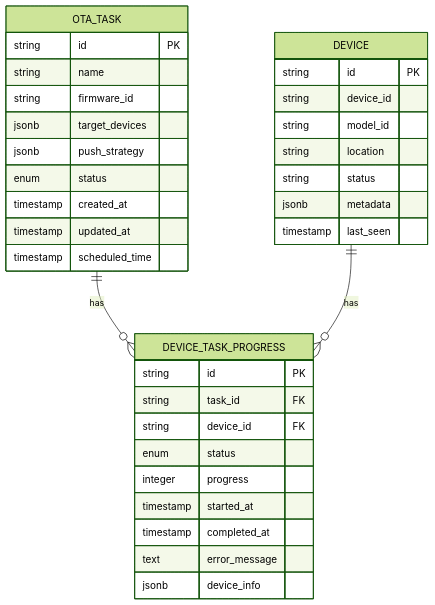
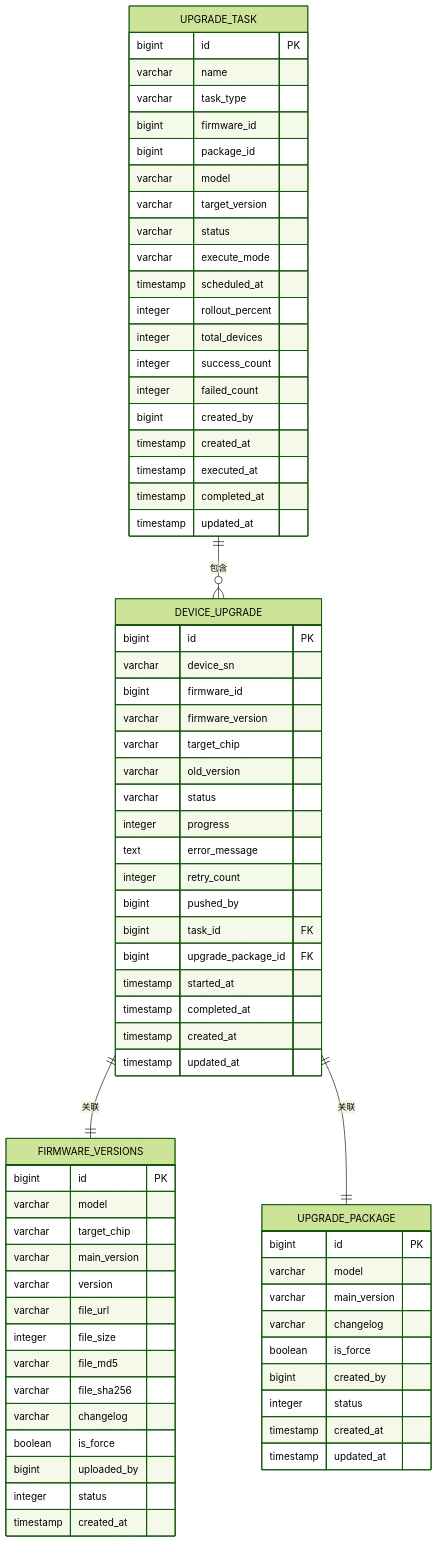
The third of 18 diagrams in .qoder/repowiki/zh/content/OTA升级系统/OTA任务调度/OTA任务调度.md (mcmrzy/cs_inv_monitor-develop), drawn with Mermaid (forest theme) before and after one commit. The commit also changed other lines of this file and 128 other files, not shown here.

````diff
--- a/.qoder/repowiki/zh/content/OTA升级系统/OTA任务调度/OTA任务调度.md
+++ b/.qoder/repowiki/zh/content/OTA升级系统/OTA任务调度/OTA任务调度.md
@@ -143,36 +178,73 @@
 ```mermaid
 erDiagram
-OTA_TASK {
-string id PK
-string name
-string firmware_id
-jsonb target_devices
-jsonb push_strategy
-enum status
+UPGRADE_TASK {
+bigint id PK
+varchar name
+varchar task_type
+bigint firmware_id
+bigint package_id
+varchar model
+varchar target_version
+varchar status
+varchar execute_mode
+timestamp scheduled_at
+integer rollout_percent
+integer total_devices
+integer success_count
+integer failed_count
+bigint created_by
+timestamp created_at
+timestamp executed_at
+timestamp completed_at
+timestamp updated_at
+}
+DEVICE_UPGRADE {
+bigint id PK
+varchar device_sn
+bigint firmware_id
+varchar firmware_version
+varchar target_chip
+varchar old_version
+varchar status
+integer progress
+text error_message
+integer retry_count
+bigint pushed_by
+bigint task_id FK
+bigint upgrade_package_id FK
+timestamp started_at
+timestamp completed_at
 timestamp created_at
 timestamp updated_at
-timestamp scheduled_time
 }
-DEVICE {
-string id PK
-string device_id
-string model_id
-string location
-string status
-jsonb metadata
-timestamp last_seen
+FIRMWARE_VERSIONS {
+bigint id PK
+varchar model
+varchar target_chip
+varchar main_version
+varchar version
+varchar file_url
+integer file_size
+varchar file_md5
+varchar file_sha256
+varchar changelog
+boolean is_force
+bigint uploaded_by
+integer status
+timestamp created_at
 }
-DEVICE_TASK_PROGRESS {
-string id PK
-string task_id FK
-string device_id FK
-enum status
-integer progress
-timestamp started_at
-timestamp completed_at
-text error_message
-jsonb device_info
+UPGRADE_PACKAGE {
+bigint id PK
+varchar model
+varchar main_version
+varchar changelog
+boolean is_force
+bigint created_by
+integer status
+timestamp created_at
+timestamp updated_at
 }
-OTA_TASK ||--o{ DEVICE_TASK_PROGRESS : "has"
-DEVICE ||--o{ DEVICE_TASK_PROGRESS : "has"
+UPGRADE_TASK ||--o{ DEVICE_UPGRADE : "包含"
+DEVICE_UPGRADE ||--|| FIRMWARE_VERSIONS : "关联"
+DEVICE_UPGRADE ||--|| UPGRADE_PACKAGE : "关联"
 ```
````
